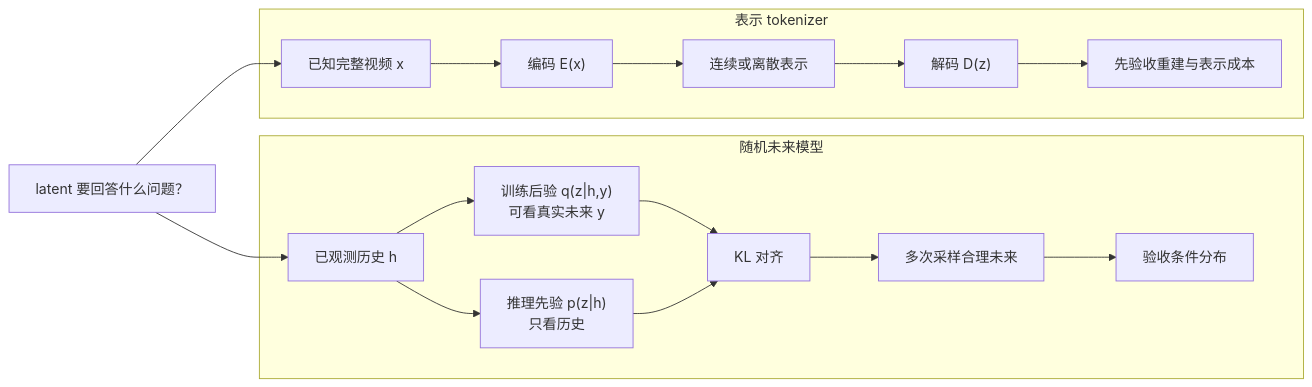
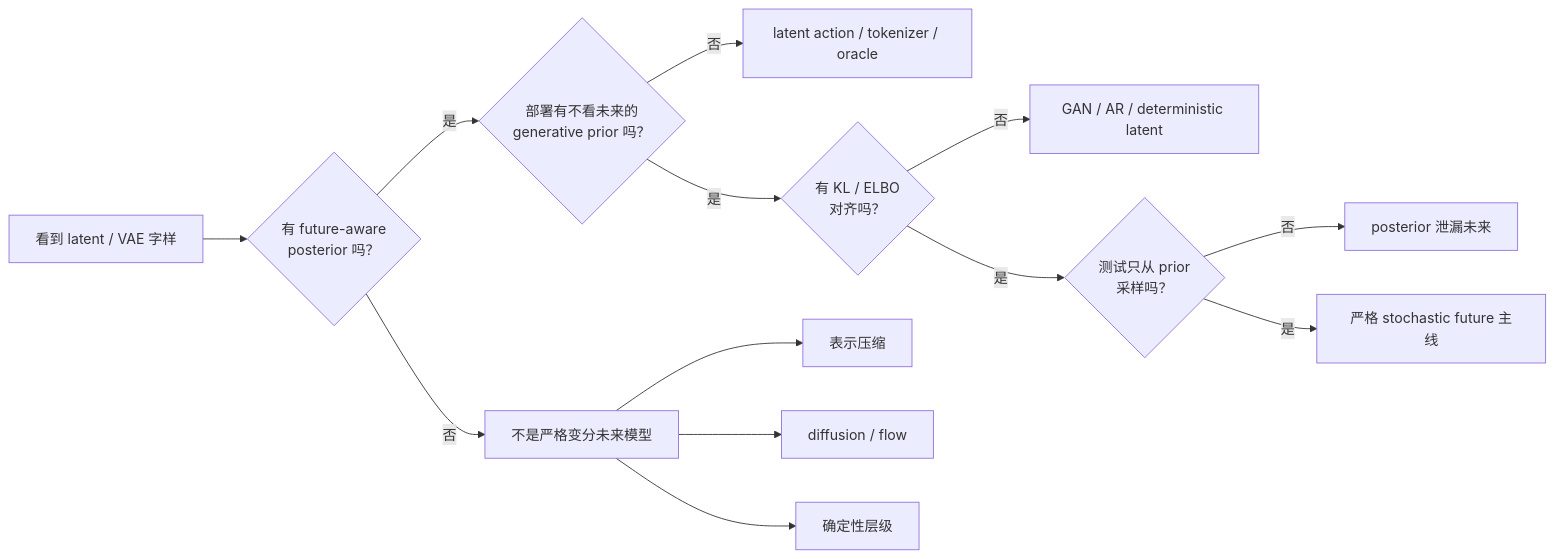
Before and after one commit to GVCLab/Video-Generation-101: the first of 3 diagrams in docs/generative-models/variational-generation.md, drawn with Mermaid. The commit also changed other lines of this file and 11 other files, not shown here.

````diff
--- a/docs/generative-models/variational-generation.md
+++ b/docs/generative-models/variational-generation.md
@@ -22,26 +46,19 @@
 ```mermaid
 flowchart LR
-    accTitle: 视频潜变量的两种任务角色
-    accDescr: 同一历史的多未来建模使用能看真实目标的训练后验对齐只看历史的推理先验；已知视频的表示压缩则由编码器产生潜表示并先验收重建。
+    accTitle: latent 系统的严格分类门
+    accDescr: 只有训练时未来可见后验、不看未来的部署生成先验和变分对齐同时成立，才进入随机未来主线；表示压缩、扩散噪声、确定性层级和无生成先验的潜动作分别分流。
 
-    question["latent 要回答什么问题？"]
+    name["看到 latent / VAE 字样"] --> posterior{"有 future-aware<br/>posterior 吗？"}
+    posterior -->|"否"| near_miss["不是严格变分未来模型"]
+    posterior -->|"是"| prior{"部署有不看未来的<br/>generative prior 吗？"}
+    prior -->|"否"| action_or_codec["latent action / tokenizer / oracle"]
+    prior -->|"是"| align{"有 KL / ELBO<br/>对齐吗？"}
+    align -->|"否"| other["GAN / AR / deterministic latent"]
+    align -->|"是"| deploy{"测试只从 prior<br/>采样吗？"}
+    deploy -->|"否"| leakage["posterior 泄漏未来"]
+    deploy -->|"是"| strict["严格 stochastic future 主线"]
 
-    subgraph future["随机未来模型"]
-        history["已观测历史 h"] --> posterior["训练后验 q(z|h,y)<br/>可看真实未来 y"]
-        history --> prior["推理先验 p(z|h)<br/>只看历史"]
-        posterior --> align["KL 对齐"]
-        prior --> align
-        align --> samples["多次采样合理未来"]
-        samples --> future_eval["验收条件分布"]
-    end
-
-    subgraph representation["表示 tokenizer"]
-        known["已知完整视频 x"] --> encoder["编码 E(x)"]
-        encoder --> compact["连续或离散表示"]
-        compact --> decoder["解码 D(z)"]
-        decoder --> recon_eval["先验收重建与表示成本"]
-    end
-
-    question --> history
-    question --> known
+    near_miss --> codec["表示压缩"]
+    near_miss --> diffusion["diffusion / flow"]
+    near_miss --> deterministic["确定性层级"]
 ```
````
